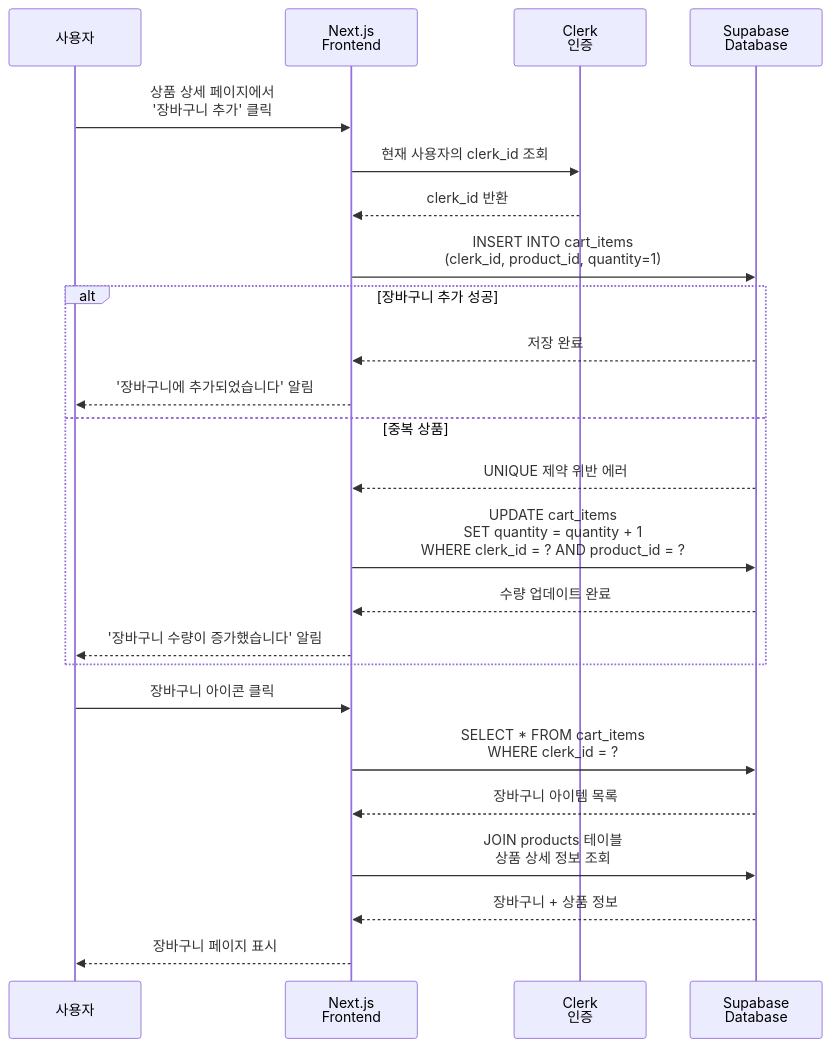
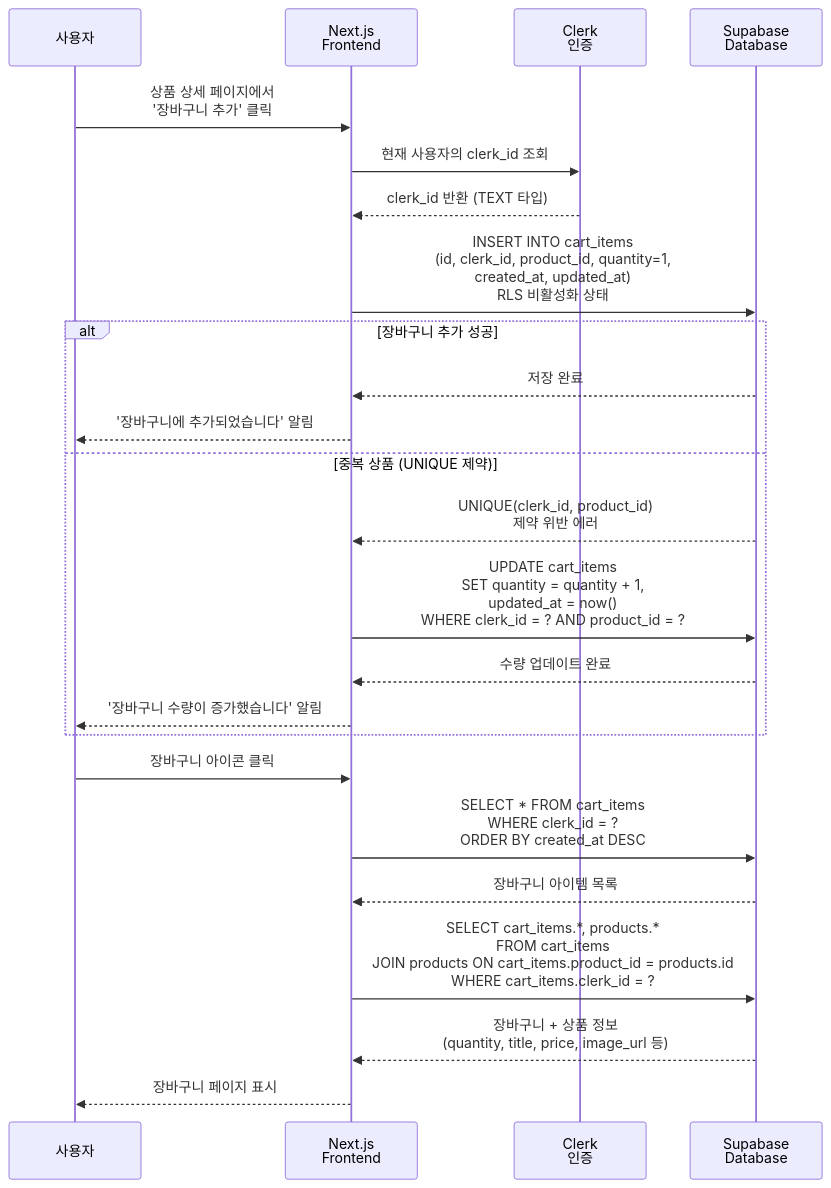
Before and after one commit to jyej0a/amann: the fourth of 5 diagrams in docs/reference/user-flow.md, drawn with Mermaid. The commit also changed other lines of this file and 13 other files, not shown here.

````diff
--- a/docs/reference/user-flow.md
+++ b/docs/reference/user-flow.md
@@ -156,30 +157,30 @@
 ```mermaid
 sequenceDiagram
     participant User as 사용자
     participant NextJS as Next.js<br/>Frontend
     participant Clerk as Clerk<br/>인증
     participant Supabase as Supabase<br/>Database
     
     User->>NextJS: 상품 상세 페이지에서<br/>'장바구니 추가' 클릭
     NextJS->>Clerk: 현재 사용자의 clerk_id 조회
-    Clerk-->>NextJS: clerk_id 반환
+    Clerk-->>NextJS: clerk_id 반환 (TEXT 타입)
     
-    NextJS->>Supabase: INSERT INTO cart_items<br/>(clerk_id, product_id, quantity=1)
+    NextJS->>Supabase: INSERT INTO cart_items<br/>(id, clerk_id, product_id, quantity=1,<br/>created_at, updated_at)<br/>RLS 비활성화 상태
     
     alt 장바구니 추가 성공
         Supabase-->>NextJS: 저장 완료
         NextJS-->>User: '장바구니에 추가되었습니다' 알림
-    else 중복 상품
-        Supabase-->>NextJS: UNIQUE 제약 위반 에러
-        NextJS->>Supabase: UPDATE cart_items<br/>SET quantity = quantity + 1<br/>WHERE clerk_id = ? AND product_id = ?
+    else 중복 상품 (UNIQUE 제약)
+        Supabase-->>NextJS: UNIQUE(clerk_id, product_id)<br/>제약 위반 에러
+        NextJS->>Supabase: UPDATE cart_items<br/>SET quantity = quantity + 1,<br/>updated_at = now()<br/>WHERE clerk_id = ? AND product_id = ?
         Supabase-->>NextJS: 수량 업데이트 완료
         NextJS-->>User: '장바구니 수량이 증가했습니다' 알림
     end
     
     User->>NextJS: 장바구니 아이콘 클릭
-    NextJS->>Supabase: SELECT * FROM cart_items<br/>WHERE clerk_id = ?
+    NextJS->>Supabase: SELECT * FROM cart_items<br/>WHERE clerk_id = ?<br/>ORDER BY created_at DESC
     Supabase-->>NextJS: 장바구니 아이템 목록
-    NextJS->>Supabase: JOIN products 테이블<br/>상품 상세 정보 조회
-    Supabase-->>NextJS: 장바구니 + 상품 정보
+    NextJS->>Supabase: SELECT cart_items.*, products.*<br/>FROM cart_items<br/>JOIN products ON cart_items.product_id = products.id<br/>WHERE cart_items.clerk_id = ?
+    Supabase-->>NextJS: 장바구니 + 상품 정보<br/>(quantity, title, price, image_url 등)
     NextJS-->>User: 장바구니 페이지 표시
 ```
````
